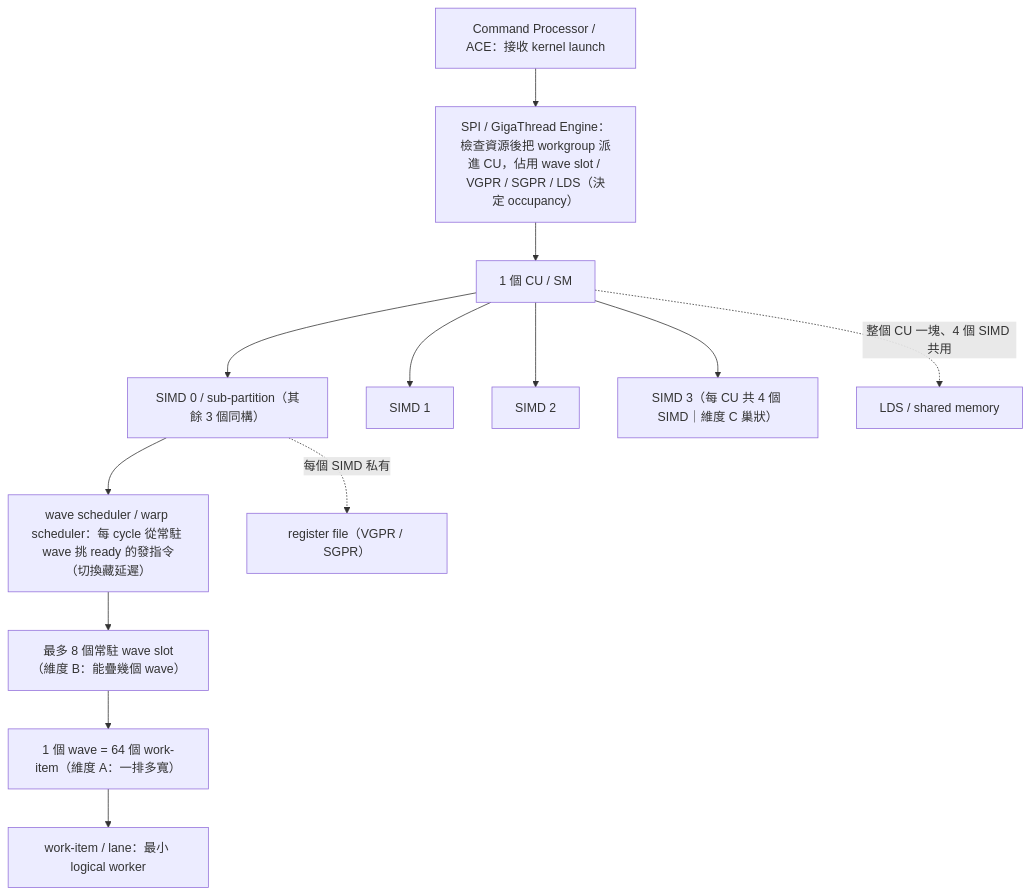
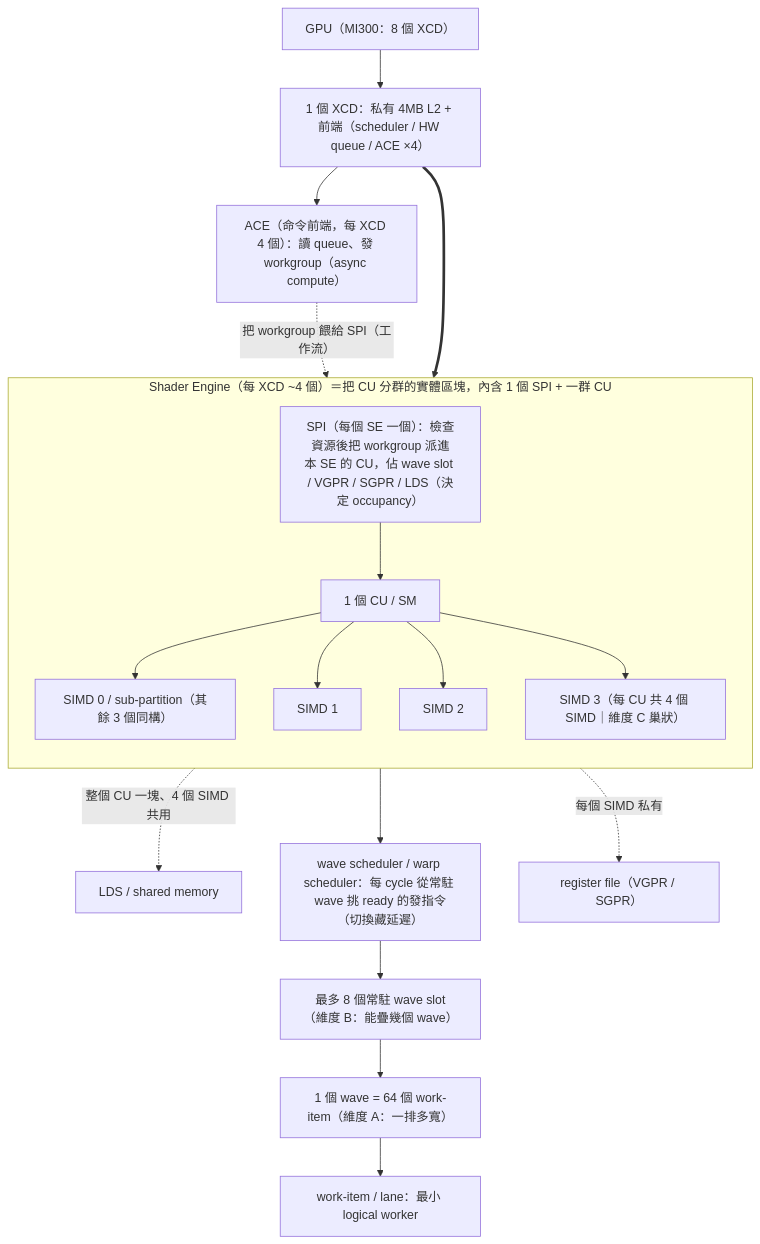
Before and after one commit to ppalee1217/rocm-libraries: the first of 2 diagrams in study_docs/gpu_knowledge/execution-model.md, drawn with Mermaid. The commit also changed other lines of this file and 4 other files, not shown here.

Commit message:
docs(gpu): add memory-hierarchy/chiplet notes; expand execution & launch

````diff
--- a/study_docs/gpu_knowledge/execution-model.md
+++ b/study_docs/gpu_knowledge/execution-model.md
@@ -213,18 +220,25 @@
 ```mermaid
 flowchart TD
-    CP["Command Processor / ACE：接收 kernel launch"] --> SPI["SPI / GigaThread Engine：檢查資源後把 workgroup 派進 CU，佔用 wave slot / VGPR / SGPR / LDS（決定 occupancy）"]
+    GPU["GPU（MI300：8 個 XCD）"] --> XCD["1 個 XCD：私有 4MB L2 + 前端（scheduler / HW queue / ACE ×4）"]
+    XCD --> ACE["ACE（命令前端，每 XCD 4 個）：讀 queue、發 workgroup（async compute）"]
+    XCD ==> SE
 
-    SPI --> CU["1 個 CU / SM"]
+    subgraph SE["Shader Engine（每 XCD ~4 個）＝把 CU 分群的實體區塊，內含 1 個 SPI + 一群 CU"]
+        direction TB
+        SPI["SPI（每個 SE 一個）：檢查資源後把 workgroup 派進本 SE 的 CU，佔 wave slot / VGPR / SGPR / LDS（決定 occupancy）"]
+        SPI --> CU["1 個 CU / SM"]
+        CU --> S0["SIMD 0 / sub-partition（其餘 3 個同構）"]
+        CU --> S1["SIMD 1"]
+        CU --> S2["SIMD 2"]
+        CU --> S3["SIMD 3（每 CU 共 4 個 SIMD｜維度 C 巢狀）"]
+    end
 
-    CU --> S0["SIMD 0 / sub-partition（其餘 3 個同構）"]
-    CU --> S1["SIMD 1"]
-    CU --> S2["SIMD 2"]
-    CU --> S3["SIMD 3（每 CU 共 4 個 SIMD｜維度 C 巢狀）"]
+    ACE -. "把 workgroup 餵給 SPI（工作流）" .-> SPI
     CU -. "整個 CU 一塊、4 個 SIMD 共用" .-> LDS["LDS / shared memory"]
 
     S0 --> SCHED["wave scheduler / warp scheduler：每 cycle 從常駐 wave 挑 ready 的發指令（切換藏延遲）"]
     S0 -. "每個 SIMD 私有" .-> REG["register file（VGPR / SGPR）"]
     SCHED --> W["最多 8 個常駐 wave slot（維度 B：能疊幾個 wave）"]
     W --> WV["1 個 wave = 64 個 work-item（維度 A：一排多寬）"]
     WV --> WI["work-item / lane：最小 logical worker"]
 ```
````
